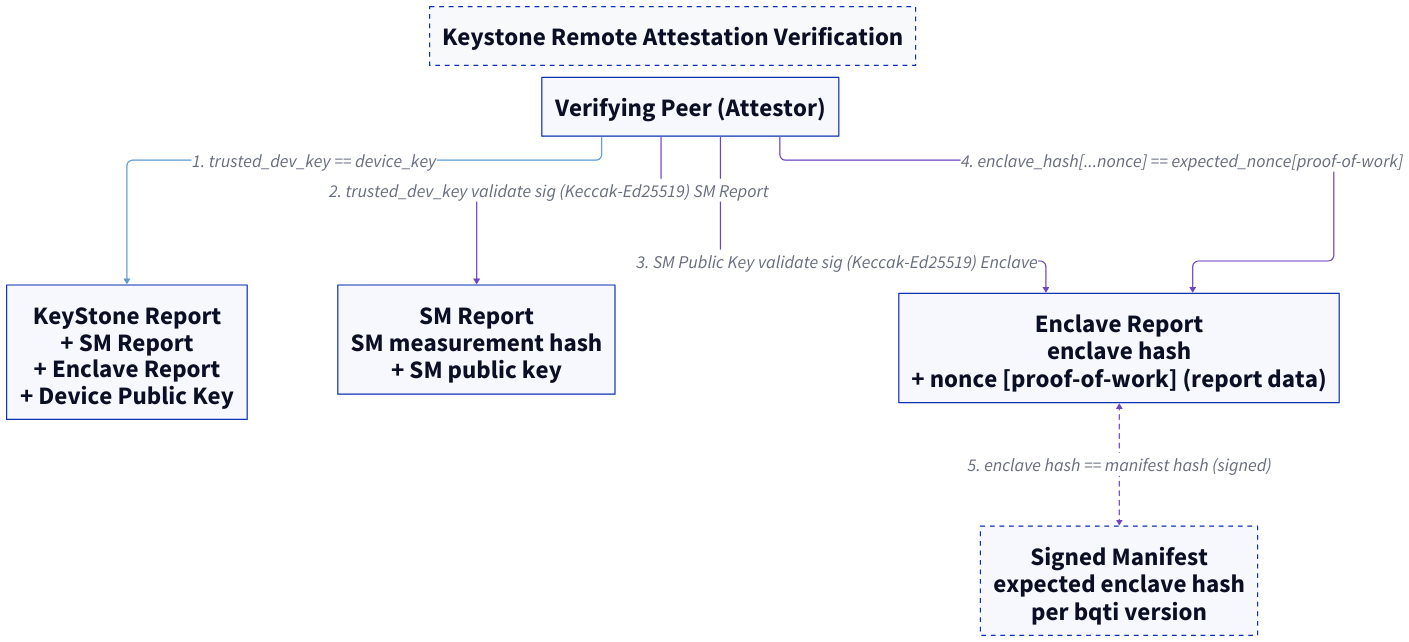
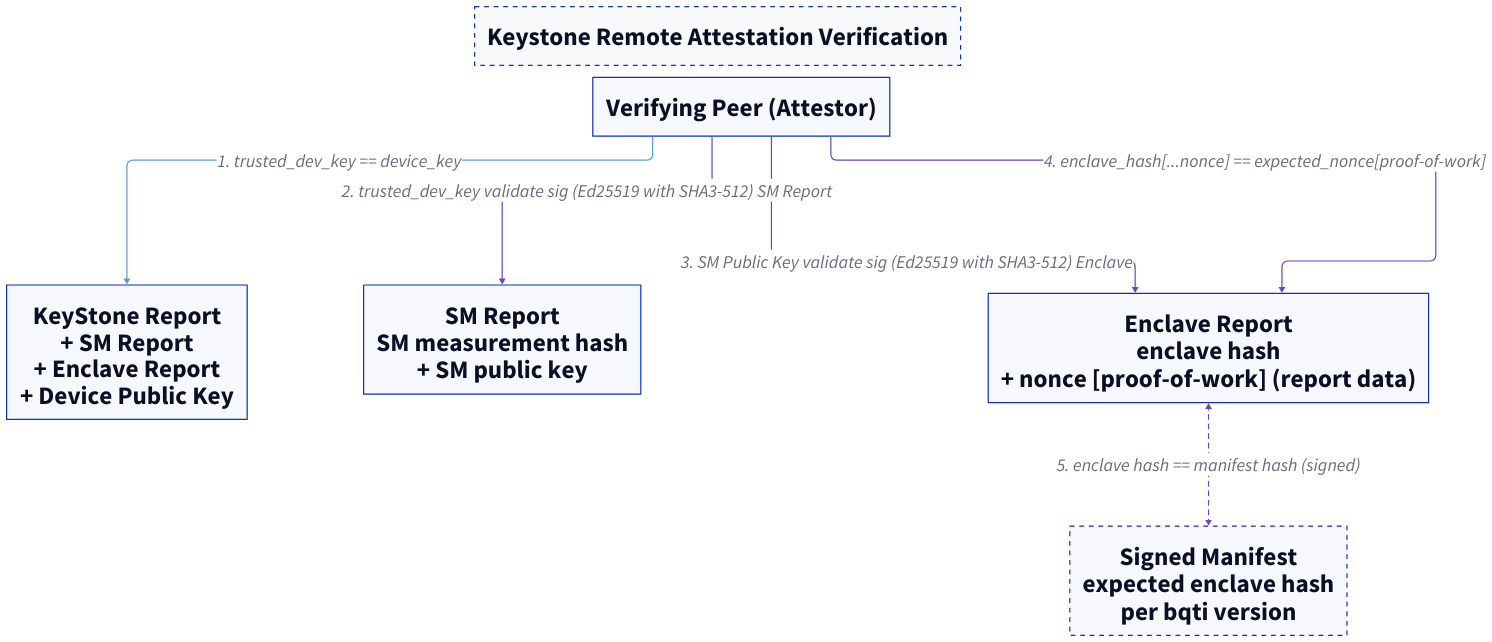
The diagram in Org/diagrams/067/verification_keystone.d2 (OnlyCavas/thesis), drawn with D2 before and after one commit. The commit also changed 14 other files, not shown here.

```diff
--- a/Org/diagrams/067/verification_keystone.d2
+++ b/Org/diagrams/067/verification_keystone.d2
@@ -1,65 +1,65 @@
 vars: {
   d2-config: {
     layout-engine: elk
   }
 }
 
 direction: down
 conn: Keystone Remote Attestation Verification {
   style.fill: "#f8f9fa"
   style.stroke-dash: 4
   style.font-size: 42
   near: top-center
 }
 
 sm: Security Monitor Report {
   label: "SM Report\nSM measurement hash\n+ SM public key"
   style.font-size: 42
 }
 
 enclave: Enclave Report {
   style.font-size: 42
   label: "Enclave Report\nenclave hash\n+ nonce [proof-of-work] (report data)"
 }
 
 manifest: Developer Manifest {
   style.stroke-dash: 4
   style.font-size: 42
   label: "Signed Manifest\nexpected enclave hash\nper bqti version"
 }
 
 verifier: Verifier {
   style.font-size: 42
   label: "Verifying Peer (Attestor)"
 }
 
 report: Keystone Report {
   style.font-size: 42
   label: "KeyStone Report\n+ SM Report\n+ Enclave Report\n+ Device Public Key"
 }
 
 verifier -> report: 1. trusted_dev_key == device_key {
   style.font-size: 30
   style.stroke: "#5B9BD5"
 }
 
-verifier -> sm: 2. trusted_dev_key validate sig (Keccak-Ed25519) SM Report {
+verifier -> sm: 2. trusted_dev_key validate sig (Ed25519 with SHA3-512) SM Report {
   style.font-size: 30
   style.stroke: "#6f42c1"
 }
 
-verifier -> enclave: 3. SM Public Key validate sig (Keccak-Ed25519) Enclave {
+verifier -> enclave: 3. SM Public Key validate sig (Ed25519 with SHA3-512) Enclave {
   style.font-size: 30
   style.stroke: "#6f42c1"
 }
 
 verifier -> enclave: 4. enclave_hash\[...nonce\] == expected_nonce\[proof-of-work\] {
   style.font-size: 30
   style.stroke: "#6f42c1"
 }
 
 enclave <-> manifest: 5. enclave hash == manifest hash (signed) {
   style.font-size: 30
   style.stroke: "#6f42c1"
   style.stroke-dash: 4
 }
```
